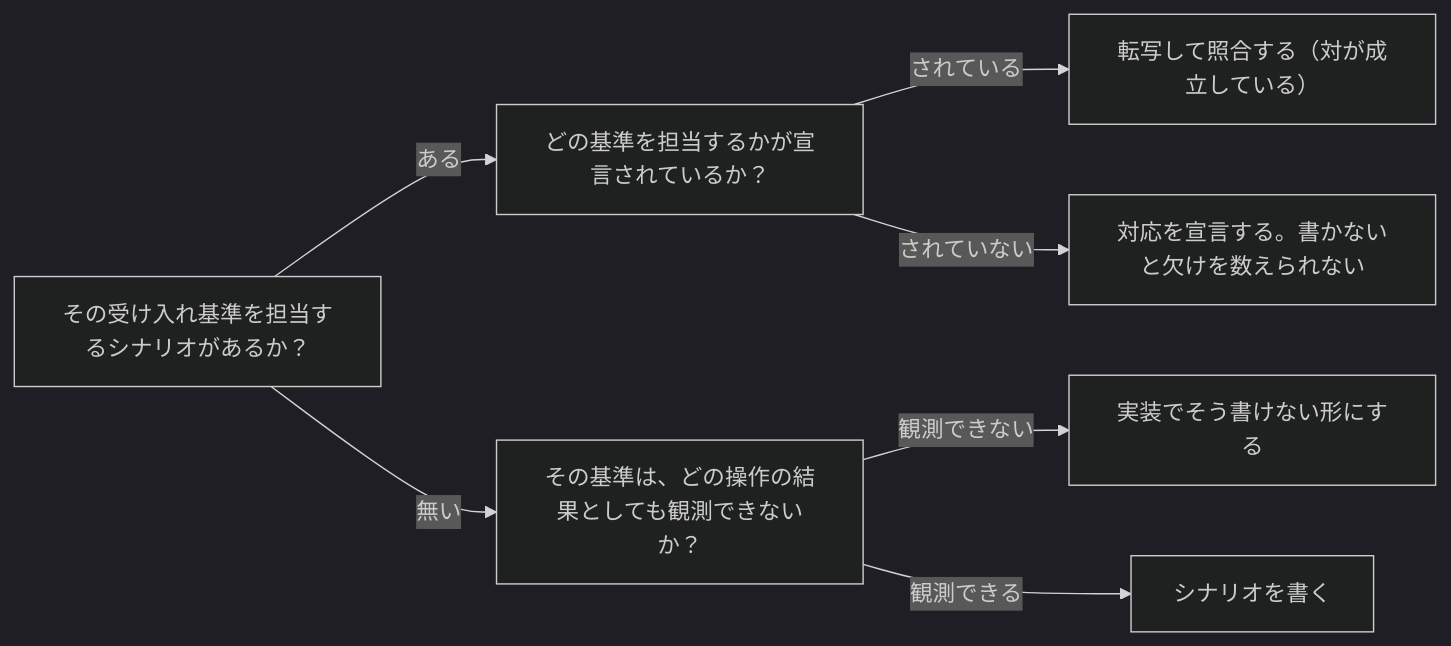
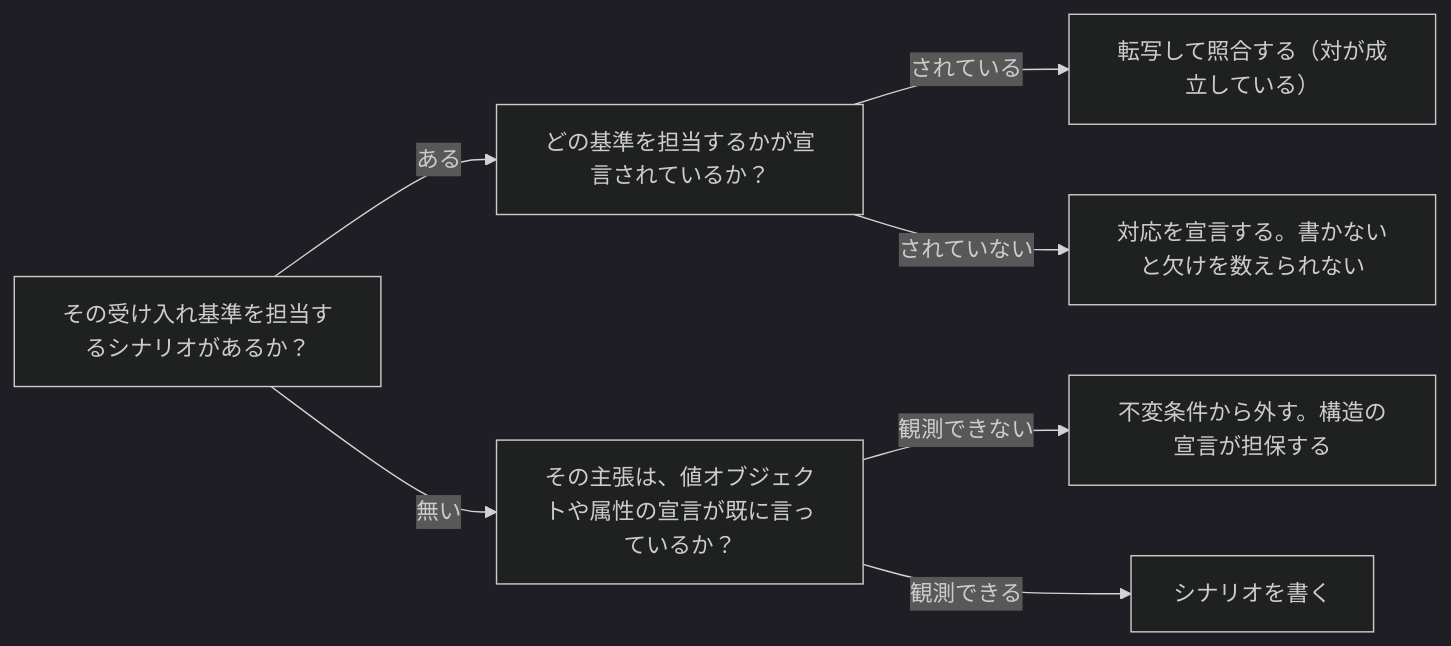
One commit to daidaiiro-519/waffle changed the diagram in .waffle/knowledge/ACTIVE/knowledge-cand-one-binding-for-all-contract-levels.md. Above: the diagram before and after it, drawn with Mermaid (dark theme). The commit also changed other lines of this file and 6 other files, not shown here.

````diff
--- a/.waffle/knowledge/ACTIVE/knowledge-cand-one-binding-for-all-contract-levels.md
+++ b/.waffle/knowledge/ACTIVE/knowledge-cand-one-binding-for-all-contract-levels.md
@@ -72,16 +74,16 @@
 ```mermaid
 flowchart LR
     q1["その受け入れ基準を担当するシナリオがあるか？"]
     q2["どの基準を担当するかが宣言されているか？"]
-    q3["その基準は、どの操作の結果としても観測できないか？"]
+    q3["その主張は、値オブジェクトや属性の宣言が既に言っているか？"]
     r1["転写して照合する（対が成立している）"]
     r2["対応を宣言する。書かないと欠けを数えられない"]
     r3["シナリオを書く"]
-    r4["実装でそう書けない形にする"]
+    r4["不変条件から外す。構造の宣言が担保する"]
     q1 -->|"ある"| q2
     q1 -->|"無い"| q3
     q2 -->|"されている"| r1
     q2 -->|"されていない"| r2
     q3 -->|"観測できない"| r4
     q3 -->|"観測できる"| r3
 ```
````
